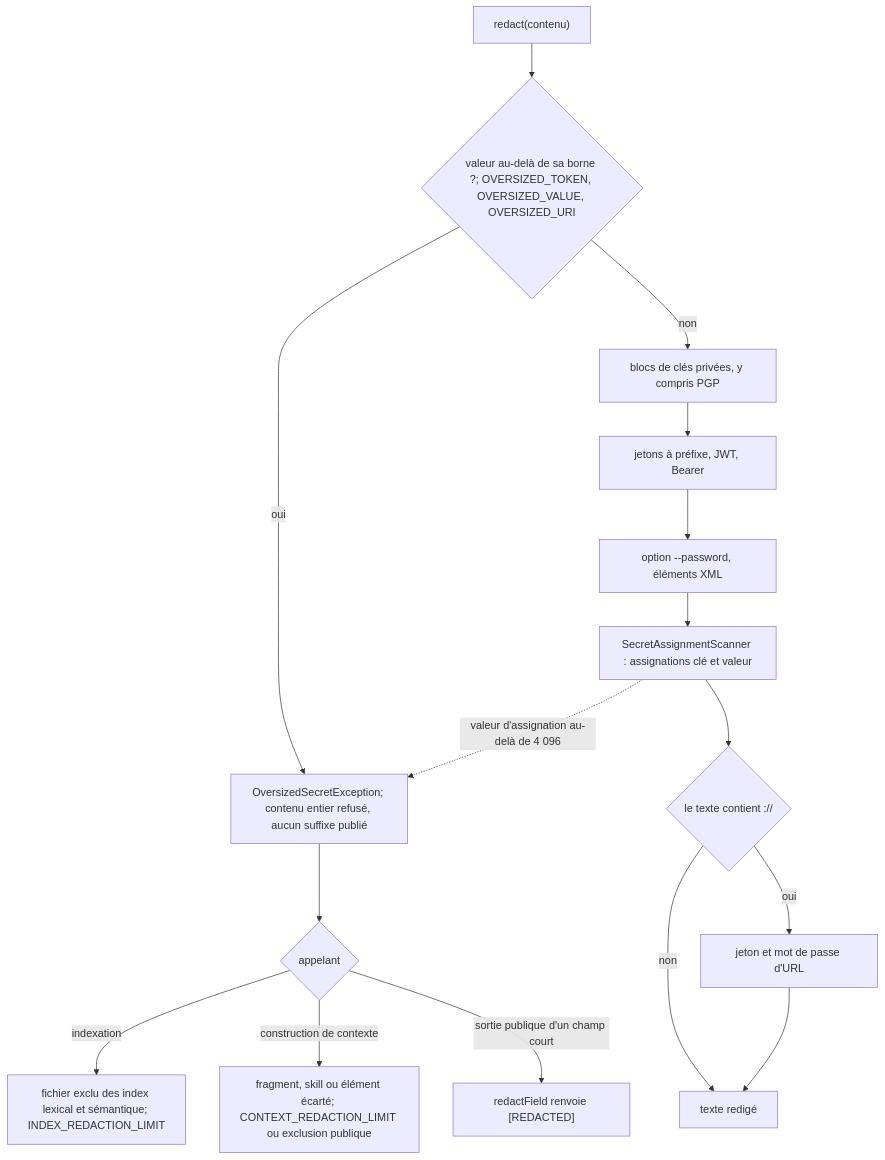
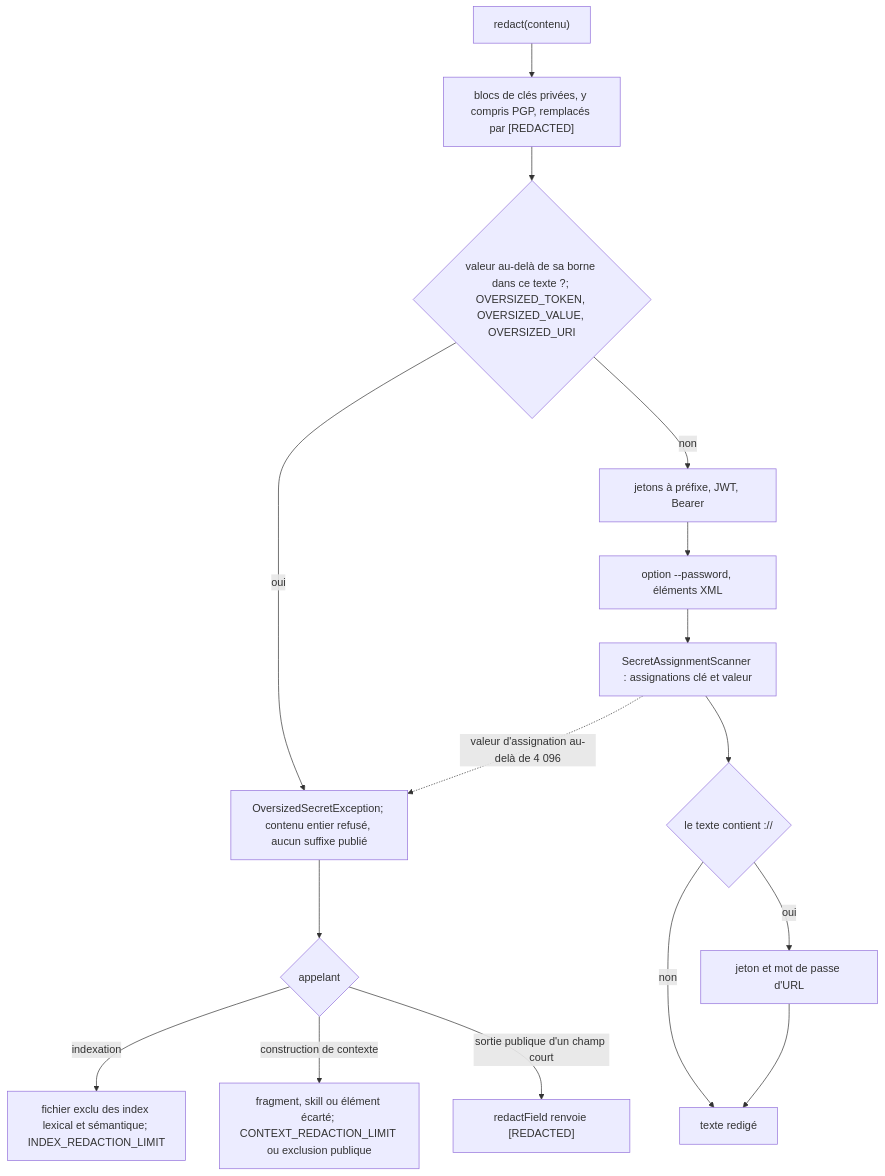
Before and after one commit to FTurleque/nexus-context-engine: the second of 4 diagrams in docs/developer/secret-redaction.md, drawn with Mermaid. The commit also changed other lines of this file and 36 other files, not shown here.

First line of the commit message:
fix(security): refus et masquage des jetons sur le même texte et la même classe

````diff
--- a/docs/developer/secret-redaction.md
+++ b/docs/developer/secret-redaction.md
@@ -126,18 +136,18 @@
 ```mermaid
 flowchart TD
-    A["redact(contenu)"] --> B{"valeur au-delà de sa borne ?; OVERSIZED_TOKEN, OVERSIZED_VALUE, OVERSIZED_URI"}
+    A["redact(contenu)"] --> C["blocs de clés privées, y compris PGP, remplacés par [REDACTED]"]
+    C --> B{"valeur au-delà de sa borne dans ce texte ?; OVERSIZED_TOKEN, OVERSIZED_VALUE, OVERSIZED_URI"}
     B -- oui --> X["OversizedSecretException; contenu entier refusé, aucun suffixe publié"]
-    B -- non --> C["blocs de clés privées, y compris PGP"]
-    C --> D["jetons à préfixe, JWT, Bearer"]
+    B -- non --> D["jetons à préfixe, JWT, Bearer"]
     D --> E["option --password, éléments XML"]
     E --> F["SecretAssignmentScanner : assignations clé et valeur"]
     F --> G{"le texte contient ://"}
     G -- oui --> H["jeton et mot de passe d'URL"]
     G -- non --> R["texte redigé"]
     H --> R
     F -. "valeur d'assignation au-delà de 4 096" .-> X
     X --> I{"appelant"}
     I -- "indexation" --> I1["fichier exclu des index lexical et sémantique; INDEX_REDACTION_LIMIT"]
     I -- "construction de contexte" --> I2["fragment, skill ou élément écarté; CONTEXT_REDACTION_LIMIT ou exclusion publique"]
     I -- "sortie publique d'un champ court" --> I3["redactField renvoie [REDACTED]"]
 ```
````
